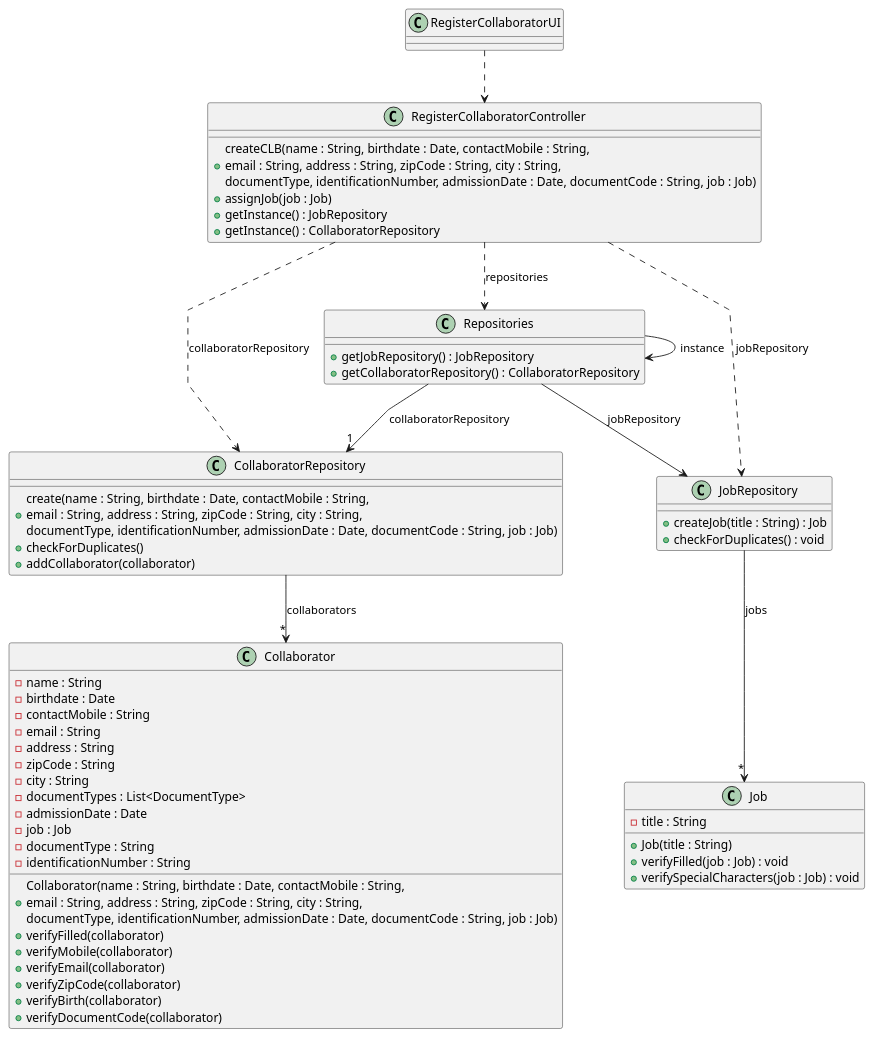
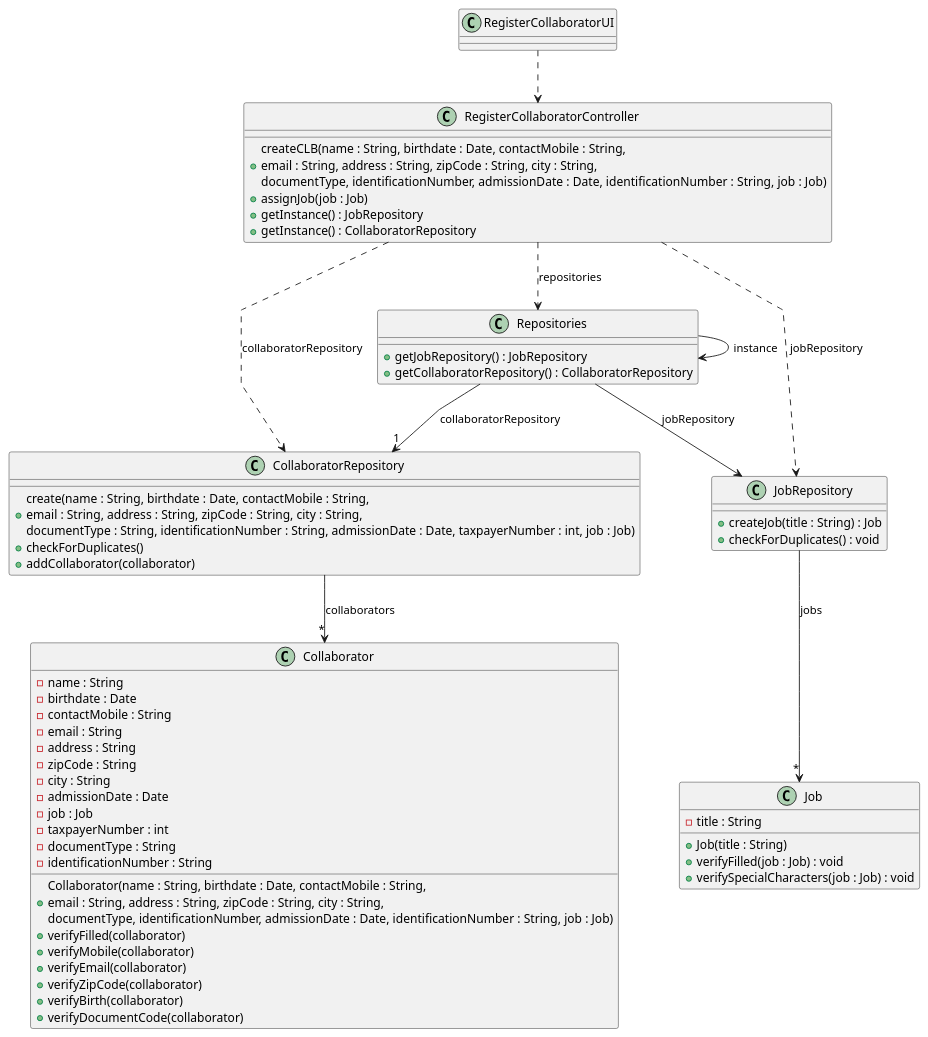
One commit to ricardomm7/leaflink changed the diagram in docs/sprintB/us003/03.design/puml/us003-class-diagram.puml. Above: the diagram before and after it, drawn with PlantUML. The commit also changed 6 other files, not shown here.

```diff
--- a/docs/sprintB/us003/03.design/puml/us003-class-diagram.puml
+++ b/docs/sprintB/us003/03.design/puml/us003-class-diagram.puml
@@ -1,77 +1,77 @@
 @startuml
 skinparam packageStyle rectangle
 skinparam shadowing false
 skinparam linetype polyline
 
 'left to right direction
 
 class RegisterCollaboratorUI {
 }
 
 class RegisterCollaboratorController {
-    + createCLB(name : String, birthdate : Date, contactMobile : String,\nemail : String, address : String, zipCode : String, city : String,\ndocumentType, identificationNumber, admissionDate : Date, documentCode : String, job : Job)
+    + createCLB(name : String, birthdate : Date, contactMobile : String,\nemail : String, address : String, zipCode : String, city : String,\ndocumentType, identificationNumber, admissionDate : Date, identificationNumber : String, job : Job)
     + assignJob(job : Job)
     + getInstance() : JobRepository
     + getInstance() : CollaboratorRepository
 
 }
 
 class Repositories {
     +getJobRepository() : JobRepository
     +getCollaboratorRepository() : CollaboratorRepository
 }
 
 class CollaboratorRepository {
-    + create(name : String, birthdate : Date, contactMobile : String,\nemail : String, address : String, zipCode : String, city : String,\ndocumentType, identificationNumber, admissionDate : Date, documentCode : String, job : Job)
+    + create(name : String, birthdate : Date, contactMobile : String,\nemail : String, address : String, zipCode : String, city : String,\ndocumentType : String, identificationNumber : String, admissionDate : Date, taxpayerNumber : int, job : Job)
     + checkForDuplicates()
     + addCollaborator(collaborator)
 
 }
 
 class JobRepository {
     +createJob(title : String) : Job
     +checkForDuplicates() : void
 }
 
 class Collaborator {
     - name : String
     - birthdate : Date
     - contactMobile : String
     - email : String
     - address : String
     - zipCode : String
     - city : String
-    - documentTypes : List<DocumentType>
     - admissionDate : Date
     - job : Job
-    + Collaborator(name : String, birthdate : Date, contactMobile : String,\nemail : String, address : String, zipCode : String, city : String,\ndocumentType, identificationNumber, admissionDate : Date, documentCode : String, job : Job)
+    - taxpayerNumber : int
+    + Collaborator(name : String, birthdate : Date, contactMobile : String,\nemail : String, address : String, zipCode : String, city : String,\ndocumentType, identificationNumber, admissionDate : Date, identificationNumber : String, job : Job)
     + verifyFilled(collaborator)
     + verifyMobile(collaborator)
     + verifyEmail(collaborator)
     + verifyZipCode(collaborator)
     + verifyBirth(collaborator)
     + verifyDocumentCode(collaborator)
     - documentType : String
     - identificationNumber : String
 }
 
 class Job {
     - title : String
     + Job(title : String)
     +verifyFilled(job : Job) : void
     +verifySpecialCharacters(job : Job) : void
 }
 
 
 
 RegisterCollaboratorUI ..> RegisterCollaboratorController
 RegisterCollaboratorController ..> Repositories : repositories
 Repositories --> Repositories : instance
 Repositories --> JobRepository : jobRepository
 Repositories --> "1"CollaboratorRepository : collaboratorRepository
 CollaboratorRepository --> "*" Collaborator : collaborators
 RegisterCollaboratorController ..> CollaboratorRepository : collaboratorRepository
 RegisterCollaboratorController ..> JobRepository : jobRepository
 JobRepository --> "*" Job : jobs
 
 @enduml
```
